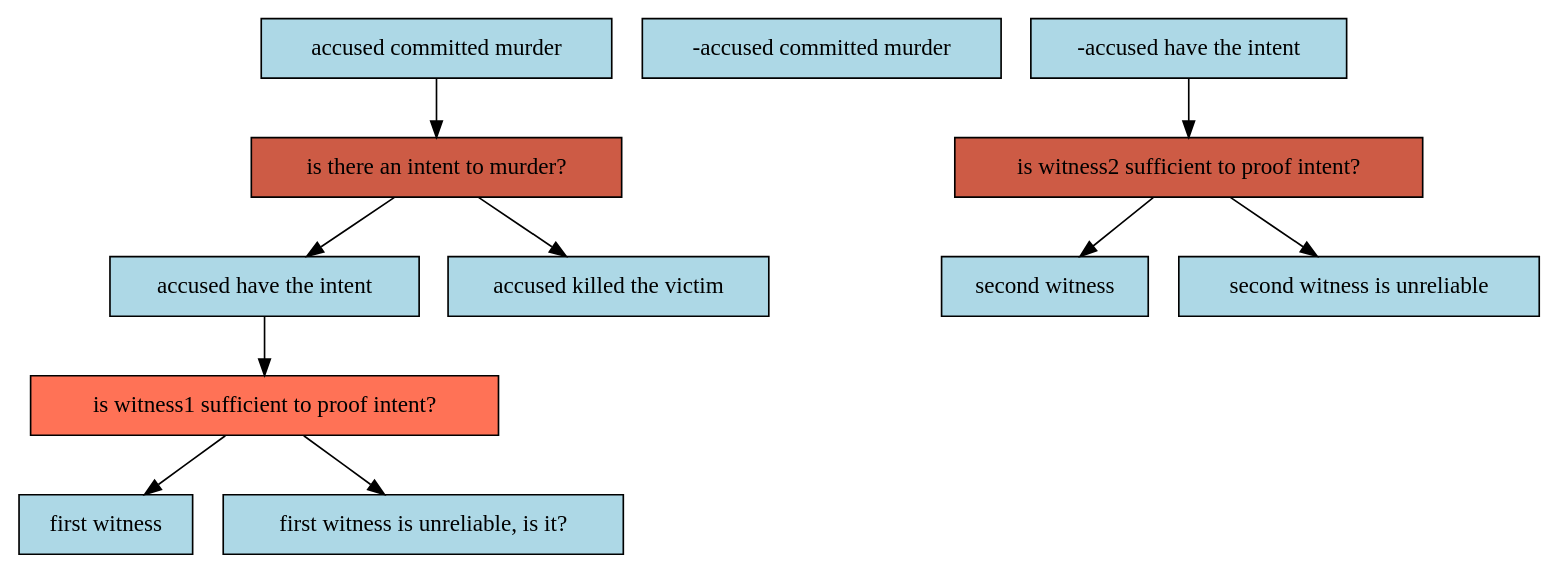
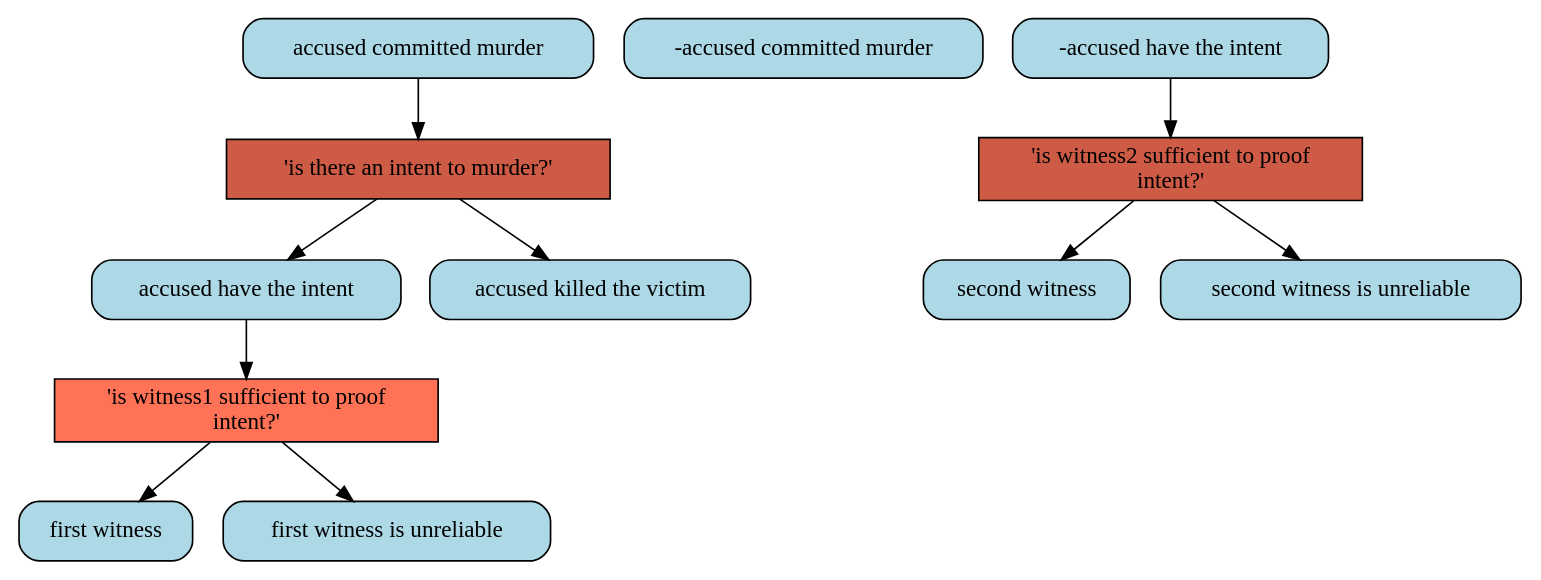
Before and after one commit to goweiting/carneades-ext: the diagram in system/dot/example.yml.dot, drawn with Graphviz. The commit also changed 7 other files, not shown here.

```diff
--- a/system/dot/example.yml.dot
+++ b/system/dot/example.yml.dot
@@ -1,23 +1,23 @@
 digraph G{ 
-"is there an intent to murder?" [color="black", fillcolor="coral3", width=.75, shape=box, style="filled"]; 
-"accused committed murder" [color="black", fillcolor="lightblue", fixedsize=false, width=1  shape="box", style="filled"]; 
-"-accused committed murder" [color="black", fillcolor="lightblue", fixedsize=false, width=1  shape="box", style="filled"]; 
-"accused have the intent" [color="black", fillcolor="lightblue", fixedsize=false, width=1  shape="box", style="filled"]; 
-"accused killed the victim" [color="black", fillcolor="lightblue", fixedsize=false, width=1  shape="box", style="filled"]; 
-"is witness1 sufficient to proof intent?" [color="black", fillcolor="coral1", width=.75, shape=box, style="filled"]; 
-"-accused have the intent" [color="black", fillcolor="lightblue", fixedsize=false, width=1  shape="box", style="filled"]; 
-"first witness" [color="black", fillcolor="lightblue", fixedsize=false, width=1  shape="box", style="filled"]; 
-"first witness is unreliable, is it?" [color="black", fillcolor="lightblue", fixedsize=false, width=1  shape="box", style="filled"]; 
-"is witness2 sufficient to proof intent?" [color="black", fillcolor="coral3", width=.75, shape=box, style="filled"]; 
-"second witness" [color="black", fillcolor="lightblue", fixedsize=false, width=1  shape="box", style="filled"]; 
-"second witness is unreliable" [color="black", fillcolor="lightblue", fixedsize=false, width=1  shape="box", style="filled"]; 
-"accused committed murder" -> "is there an intent to murder?" ; 
-"is there an intent to murder?" -> "accused have the intent" ; 
-"is there an intent to murder?" -> "accused killed the victim" ; 
-"accused have the intent" -> "is witness1 sufficient to proof intent?" ; 
-"is witness1 sufficient to proof intent?" -> "first witness" ; 
-"is witness1 sufficient to proof intent?" -> "first witness is unreliable, is it?" ; 
-"-accused have the intent" -> "is witness2 sufficient to proof intent?" ; 
-"is witness2 sufficient to proof intent?" -> "second witness" ; 
-"is witness2 sufficient to proof intent?" -> "second witness is unreliable" ; 
+"'is there an intent to murder?'" [color="black", fillcolor="coral3",fixedsize=false, shape=box, style="filled"]; 
+"accused committed murder" [color="black", fillcolor="lightblue", fixedsize=false,  shape="box", style="rounded,filled"]; 
+"-accused committed murder" [color="black", fillcolor="lightblue", fixedsize=false,  shape="box", style="rounded,filled"]; 
+"accused have the intent" [color="black", fillcolor="lightblue", fixedsize=false,  shape="box", style="rounded,filled"]; 
+"accused killed the victim" [color="black", fillcolor="lightblue", fixedsize=false,  shape="box", style="rounded,filled"]; 
+"'is witness1 sufficient to proof\nintent?'" [color="black", fillcolor="coral1",fixedsize=false, shape=box, style="filled"]; 
+"-accused have the intent" [color="black", fillcolor="lightblue", fixedsize=false,  shape="box", style="rounded,filled"]; 
+"first witness" [color="black", fillcolor="lightblue", fixedsize=false,  shape="box", style="rounded,filled"]; 
+"first witness is unreliable" [color="black", fillcolor="lightblue", fixedsize=false,  shape="box", style="rounded,filled"]; 
+"'is witness2 sufficient to proof\nintent?'" [color="black", fillcolor="coral3",fixedsize=false, shape=box, style="filled"]; 
+"second witness" [color="black", fillcolor="lightblue", fixedsize=false,  shape="box", style="rounded,filled"]; 
+"second witness is unreliable" [color="black", fillcolor="lightblue", fixedsize=false,  shape="box", style="rounded,filled"]; 
+"accused committed murder" -> "'is there an intent to murder?'" ; 
+"'is there an intent to murder?'" -> "accused have the intent" ; 
+"'is there an intent to murder?'" -> "accused killed the victim" ; 
+"accused have the intent" -> "'is witness1 sufficient to proof\nintent?'" ; 
+"'is witness1 sufficient to proof\nintent?'" -> "first witness" ; 
+"'is witness1 sufficient to proof\nintent?'" -> "first witness is unreliable" ; 
+"-accused have the intent" -> "'is witness2 sufficient to proof\nintent?'" ; 
+"'is witness2 sufficient to proof\nintent?'" -> "second witness" ; 
+"'is witness2 sufficient to proof\nintent?'" -> "second witness is unreliable" ; 
 }
```
